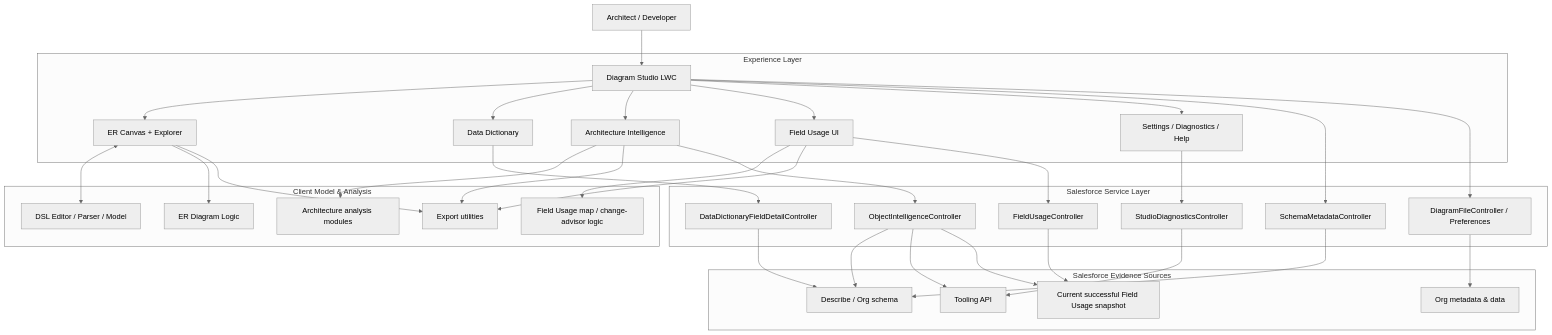
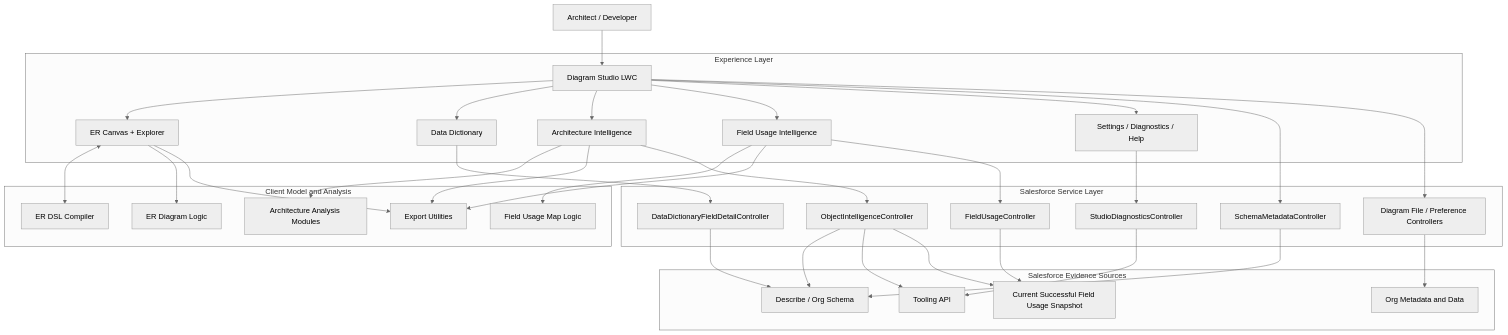
Before and after one commit to vikascohen/Salesforce-ER-Modeller-Studio: the first of 8 diagrams in docs/ARCHITECTURE.md, drawn with Mermaid (neutral theme). The commit also changed other lines of this file, not shown here.

Commit message:
Consolidate V3 architecture documentation

````diff
--- a/docs/ARCHITECTURE.md
+++ b/docs/ARCHITECTURE.md
@@ -22,60 +35,60 @@
 ```mermaid
 flowchart TB
     U[Architect / Developer] --> DS[Diagram Studio LWC]
 
     subgraph Experience[Experience Layer]
       DS --> ER[ER Canvas + Explorer]
       DS --> DD[Data Dictionary]
       DS --> AI[Architecture Intelligence]
-      DS --> FU[Field Usage UI]
+      DS --> FU[Field Usage Intelligence]
       DS --> ST[Settings / Diagnostics / Help]
     end
 
-    subgraph ClientModel[Client Model & Analysis]
-      DSL[DSL Editor / Parser / Model]
+    subgraph Client[Client Model and Analysis]
+      DSL[ER DSL Compiler]
       ERL[ER Diagram Logic]
-      AIL[Architecture analysis modules]
-      FUL[Field Usage map / change-advisor logic]
-      EXP[Export utilities]
+      AIL[Architecture Analysis Modules]
+      FUL[Field Usage Map Logic]
+      EXP[Export Utilities]
     end
 
     ER <--> DSL
     ER --> ERL
     AI --> AIL
     FU --> FUL
     ER --> EXP
     AI --> EXP
     FU --> EXP
 
     subgraph Apex[Salesforce Service Layer]
       SMC[SchemaMetadataController]
       DFC[DataDictionaryFieldDetailController]
       OIC[ObjectIntelligenceController]
       FUC[FieldUsageController]
       DIA[StudioDiagnosticsController]
-      FILE[DiagramFileController / Preferences]
+      FILE[Diagram File / Preference Controllers]
     end
 
     DS --> SMC
     DD --> DFC
     AI --> OIC
     FU --> FUC
     ST --> DIA
     DS --> FILE
 
     subgraph Sources[Salesforce Evidence Sources]
-      DESC[Describe / Org schema]
+      DESC[Describe / Org Schema]
       TOOL[Tooling API]
-      ORG[Org metadata & data]
-      SNAP[Current successful Field Usage snapshot]
+      ORG[Org Metadata and Data]
+      SNAP[Current Successful Field Usage Snapshot]
     end
 
     SMC --> DESC
     DFC --> DESC
     OIC --> DESC
     OIC --> TOOL
     OIC --> SNAP
     DIA --> TOOL
     FUC --> SNAP
     FILE --> ORG
 ```
````
